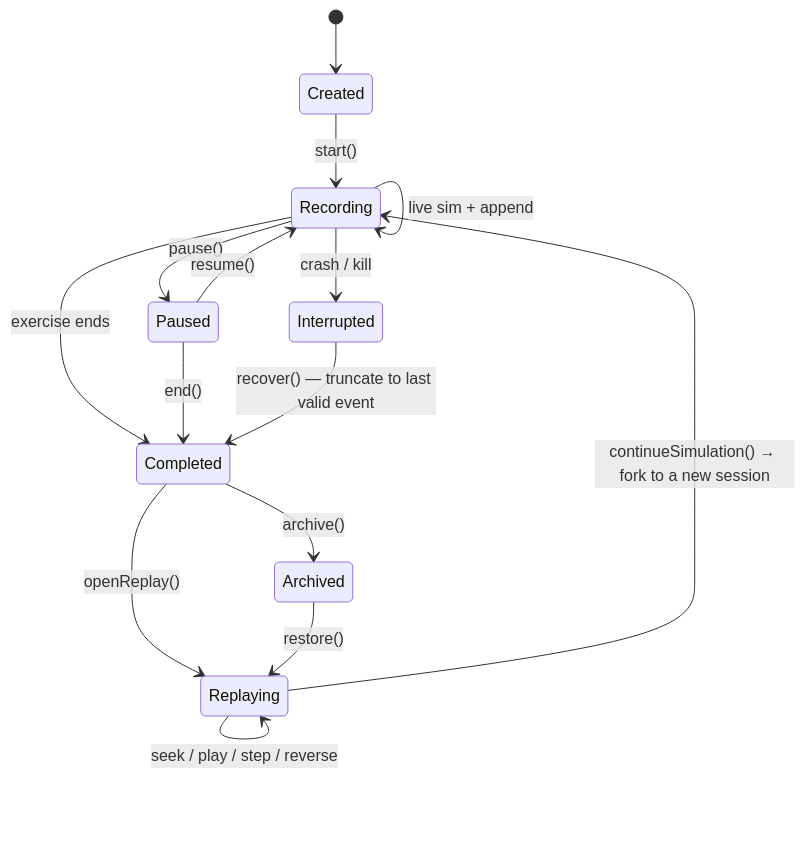
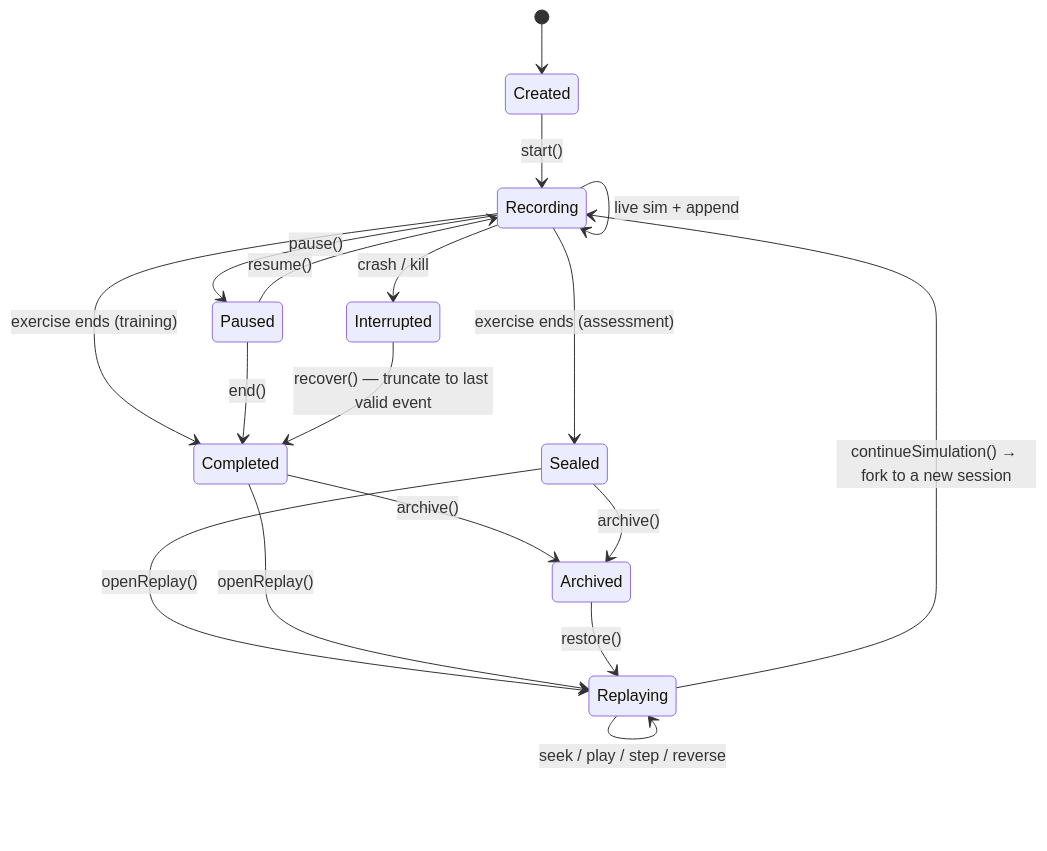
Before and after one commit to ishantve/VectraPro: the third of 3 diagrams in docs/architecture/replay-engine.md, drawn with Mermaid. The commit also changed other lines of this file, not shown here.

````diff
--- a/docs/architecture/replay-engine.md
+++ b/docs/architecture/replay-engine.md
@@ -612,17 +616,20 @@
 ```mermaid
 stateDiagram-v2
     [*] --> Created
     Created --> Recording: start()
     Recording --> Recording: live sim + append
     Recording --> Paused: pause()
     Paused --> Recording: resume()
-    Recording --> Completed: exercise ends
+    Recording --> Completed: exercise ends (training)
+    Recording --> Sealed: exercise ends (assessment)
     Paused --> Completed: end()
+    Sealed --> Replaying: openReplay()
     Recording --> Interrupted: crash / kill
     Interrupted --> Completed: recover() — truncate to last valid event
     Completed --> Replaying: openReplay()
     Replaying --> Replaying: seek / play / step / reverse
     Replaying --> Recording: continueSimulation() → fork to a new session
     Completed --> Archived: archive()
+    Sealed --> Archived: archive()
     Archived --> Replaying: restore()
 ```
````
